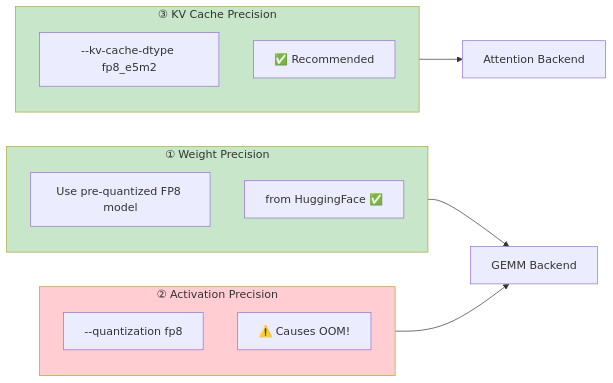
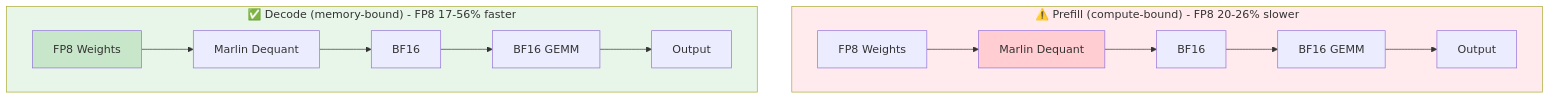
The first of 2 diagrams in Deep-Learning/H100-A100-RTX6000-FP8-Benchmark/README.md (david-xinyuwei/david-share), drawn with Mermaid before and after one commit. The commit also changed other lines of this file and 37 other files, not shown here.

````diff
--- a/Deep-Learning/H100-A100-RTX6000-FP8-Benchmark/README.md
+++ b/Deep-Learning/H100-A100-RTX6000-FP8-Benchmark/README.md
@@ -139,25 +158,23 @@
 ```mermaid
-flowchart LR
-    subgraph WEIGHT["① Weight Precision"]
-        W1["Use pre-quantized FP8 model"]
-        W2["from HuggingFace ✅"]
+flowchart TB
+    subgraph Prefill["⚠️ Prefill (compute-bound) - FP8 20-26% slower"]
+        direction LR
+        P1["FP8 Weights"] --> P2["Marlin Dequant"]
+        P2 --> P3["BF16"]
+        P3 --> P4["BF16 GEMM"]
+        P4 --> P5["Output"]
     end
     
-    subgraph ACT["② Activation Precision"]
-        A1["--quantization fp8"]
-        A2["⚠️ Causes OOM!"]
+    subgraph Decode["✅ Decode (memory-bound) - FP8 17-56% faster"]
+        direction LR
+        D1["FP8 Weights"] --> D2["Marlin Dequant"]
+        D2 --> D3["BF16"]
+        D3 --> D4["BF16 GEMM"]
+        D4 --> D5["Output"]
     end
     
-    subgraph KV["③ KV Cache Precision"]
-        K1["--kv-cache-dtype fp8_e5m2"]
-        K2["✅ Recommended"]
-    end
-    
-    WEIGHT --> GEMM["GEMM Backend"]
-    ACT --> GEMM
-    KV --> ATT["Attention Backend"]
-    
-    style ACT fill:#ffcdd2
-    style KV fill:#c8e6c9
-    style WEIGHT fill:#c8e6c9
+    style Prefill fill:#ffebee
+    style Decode fill:#e8f5e9
+    style P2 fill:#ffcdd2
+    style D1 fill:#c8e6c9
 ```
````
